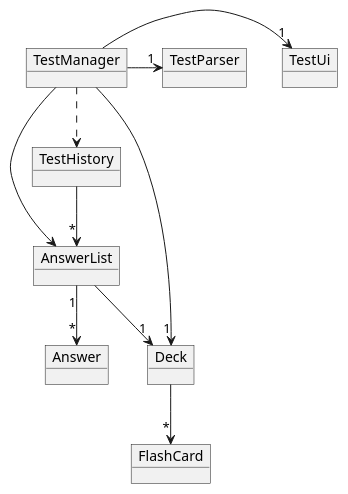
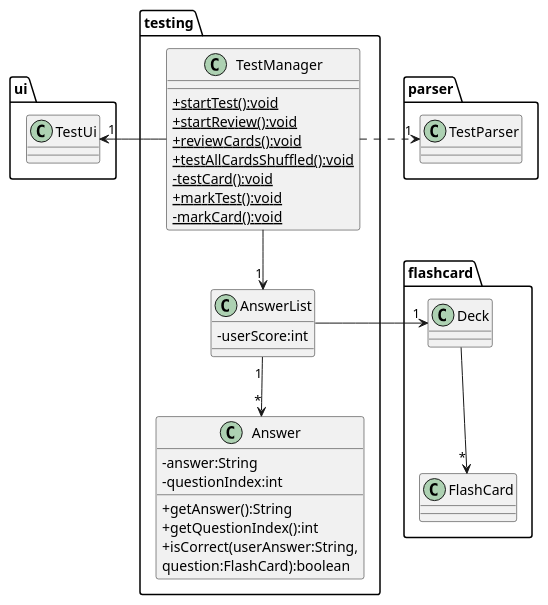
Before and after one commit to xkisxk/tp: the diagram in docs/uml/testObjectDiagram.puml, drawn with PlantUML. The commit also changed 5 other files, not shown here.

Commit message:
Updated test Object diagram

```diff
--- a/docs/uml/testObjectDiagram.puml
+++ b/docs/uml/testObjectDiagram.puml
@@ -1,26 +1,50 @@
 @startuml
-
-object TestManager
-object AnswerList
-object Answer
-object TestHistory
-object Deck
-object FlashCard
-object TestUi
-object TestParser
-
-TestManager --> "1" Deck
-TestManager -> "1" TestUi
-TestManager -> "1" TestParser
-TestManager --> AnswerList
-TestManager ..> TestHistory
+skinparam classAttributeIconSize 0
+package testing {
+    class TestManager {
+    {static}+startTest():void
+    {static}+startReview():void
+    {static}+reviewCards():void
+    {static}+testAllCardsShuffled():void
+    {static}-testCard():void
+    {static}+markTest():void
+    {static}-markCard():void
+    }
+    class AnswerList {
+    -userScore:int
+    }
+    class Answer {
+    -answer:String
+    -questionIndex:int
+    +getAnswer():String
+    +getQuestionIndex():int
+    +isCorrect(userAnswer:String,
+               question:FlashCard):boolean
+    }
+}
 
 
+package parser {
+    class TestParser
+}
+
+package ui {
+    class TestUi
+}
+
+package flashcard {
+    class Deck
+    class FlashCard
+}
+
+
+TestManager -left> "1" TestUi
+TestManager .right> "1" TestParser
+TestManager --> "1" AnswerList
+
 AnswerList "1" --> "*" Answer
-AnswerList --> "1" Deck
-
-TestHistory --> "*" AnswerList
+AnswerList -right-> "1" Deck
 
 Deck --> "*" FlashCard
 
 @enduml
```
